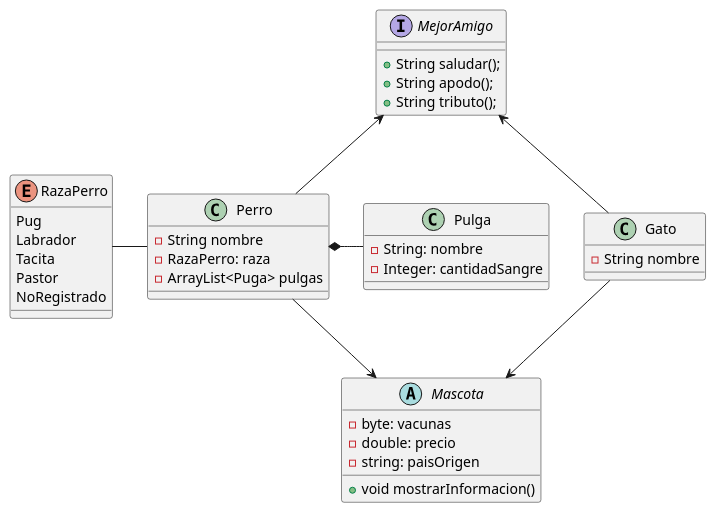
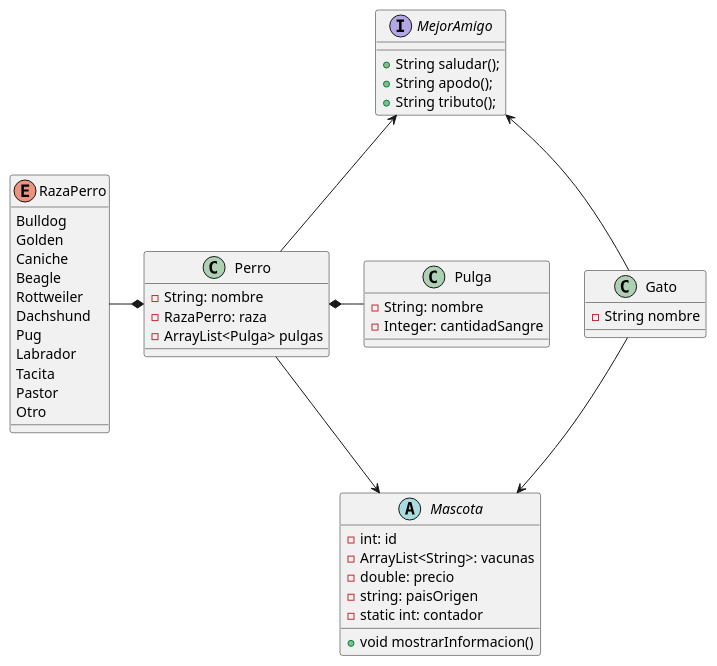
The diagram in DiagramaClases.puml (alexnt4/Miniproyecto1), drawn with PlantUML before and after one commit. The commit also changed 2 other files, not shown here.

```diff
--- a/DiagramaClases.puml
+++ b/DiagramaClases.puml
@@ -3,46 +1,55 @@
-@startuml prueba
+@startuml "DiagramaVeterinaria"
+
 abstract Mascota{
-    -byte: vacunas
+    -int: id
+    -ArrayList<String>: vacunas
     -double: precio
     -string: paisOrigen
+    -static int: contador
     +void mostrarInformacion()
 }
 
 class Perro{
-    -String nombre
+    -String: nombre
     -RazaPerro: raza
-    -ArrayList<Puga> pulgas
+    -ArrayList<Pulga> pulgas
 }
 
 class Gato{
     -String nombre
 
 }
 
 enum RazaPerro {
+    Bulldog
+    Golden
+    Caniche
+    Beagle
+    Rottweiler
+    Dachshund
     Pug
     Labrador
     Tacita
     Pastor
-    NoRegistrado
+    Otro
 }
 
 class Pulga{
     -String: nombre
     -Integer: cantidadSangre
 }
 
 interface MejorAmigo{
     +String saludar();
     +String apodo();
     +String tributo();
 }
 
 
 Mascota <-up- Perro
 Mascota <-up- Gato
-Perro -left- RazaPerro
+Perro *-left- RazaPerro
 MejorAmigo <-down- Perro
 MejorAmigo <-down- Gato
 Perro *-right- Pulga
 @enduml
```
